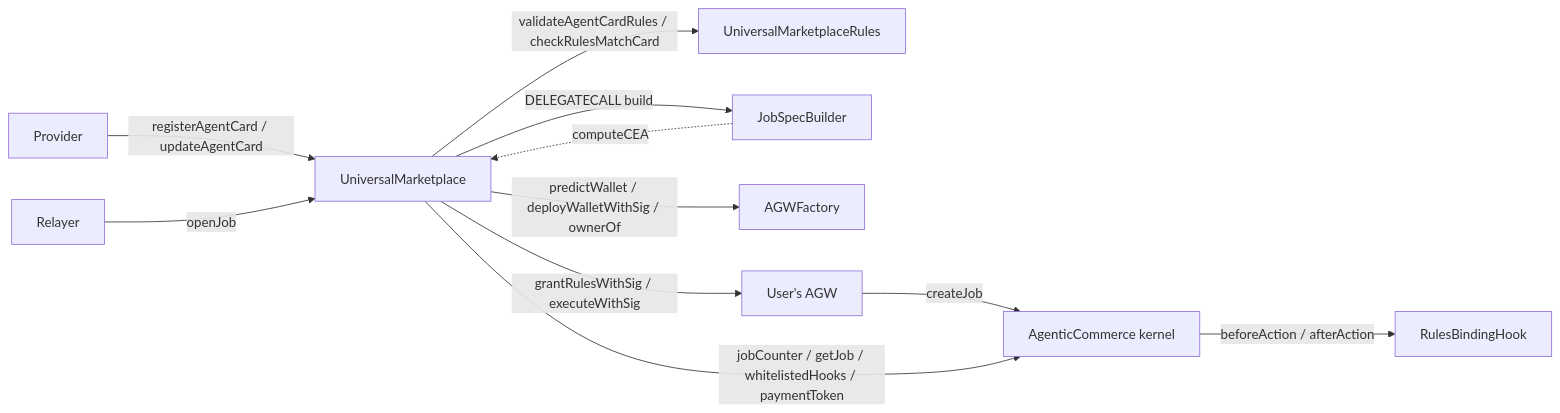
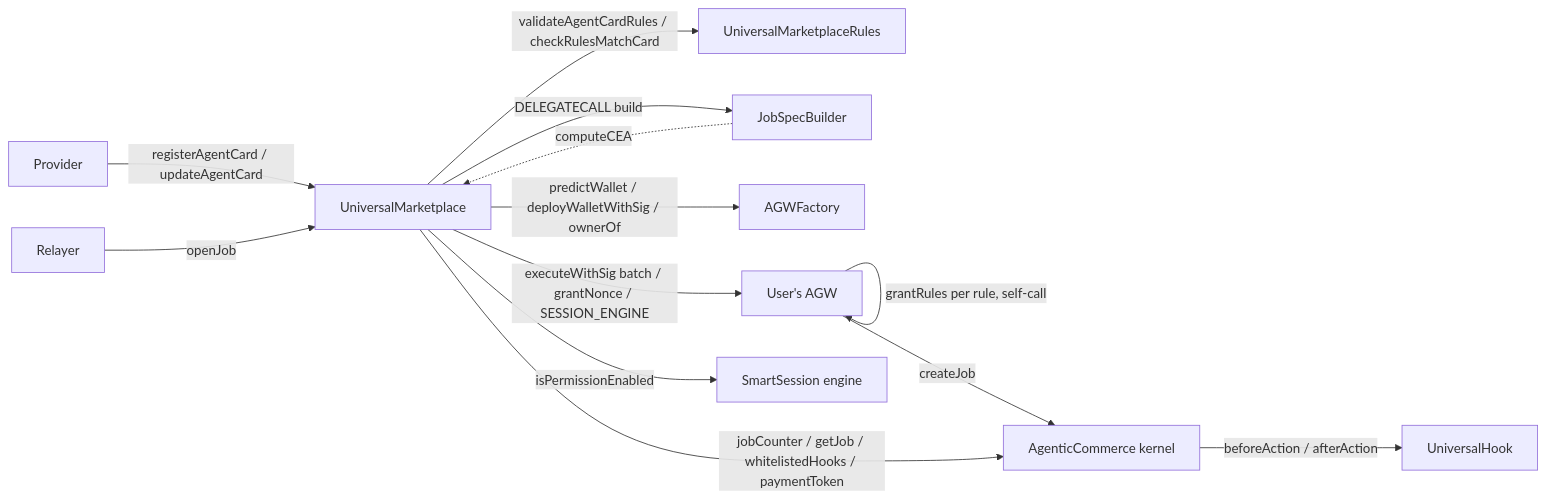
One commit to pushchain/push-chain-core-contracts changed the first of 3 diagrams in docs/universalmarketplace/README.md. Above: the diagram before and after it, drawn with Mermaid. The commit also changed other lines of this file and 25 other files, not shown here.

````diff
--- a/docs/universalmarketplace/README.md
+++ b/docs/universalmarketplace/README.md
@@ -99,13 +105,15 @@
 ```mermaid
 flowchart LR
     Provider -- registerAgentCard / updateAgentCard --> MKT[UniversalMarketplace]
     Relayer -- openJob --> MKT
     MKT -- validateAgentCardRules / checkRulesMatchCard --> RULES[UniversalMarketplaceRules]
     MKT -- DELEGATECALL build --> JSB[JobSpecBuilder]
     JSB -. computeCEA .-> MKT
     MKT -- predictWallet / deployWalletWithSig / ownerOf --> FACT[AGWFactory]
-    MKT -- grantRulesWithSig / executeWithSig --> AGW[User's AGW]
+    MKT -- executeWithSig batch / grantNonce / SESSION_ENGINE --> AGW[User's AGW]
+    AGW -- grantRules per rule, self-call --> AGW
     AGW -- createJob --> KERNEL[AgenticCommerce kernel]
+    MKT -- isPermissionEnabled --> ENGINE[SmartSession engine]
     MKT -- jobCounter / getJob / whitelistedHooks / paymentToken --> KERNEL
-    KERNEL -- beforeAction / afterAction --> HOOK[RulesBindingHook]
+    KERNEL -- beforeAction / afterAction --> HOOK[UniversalHook]
 ```
````
